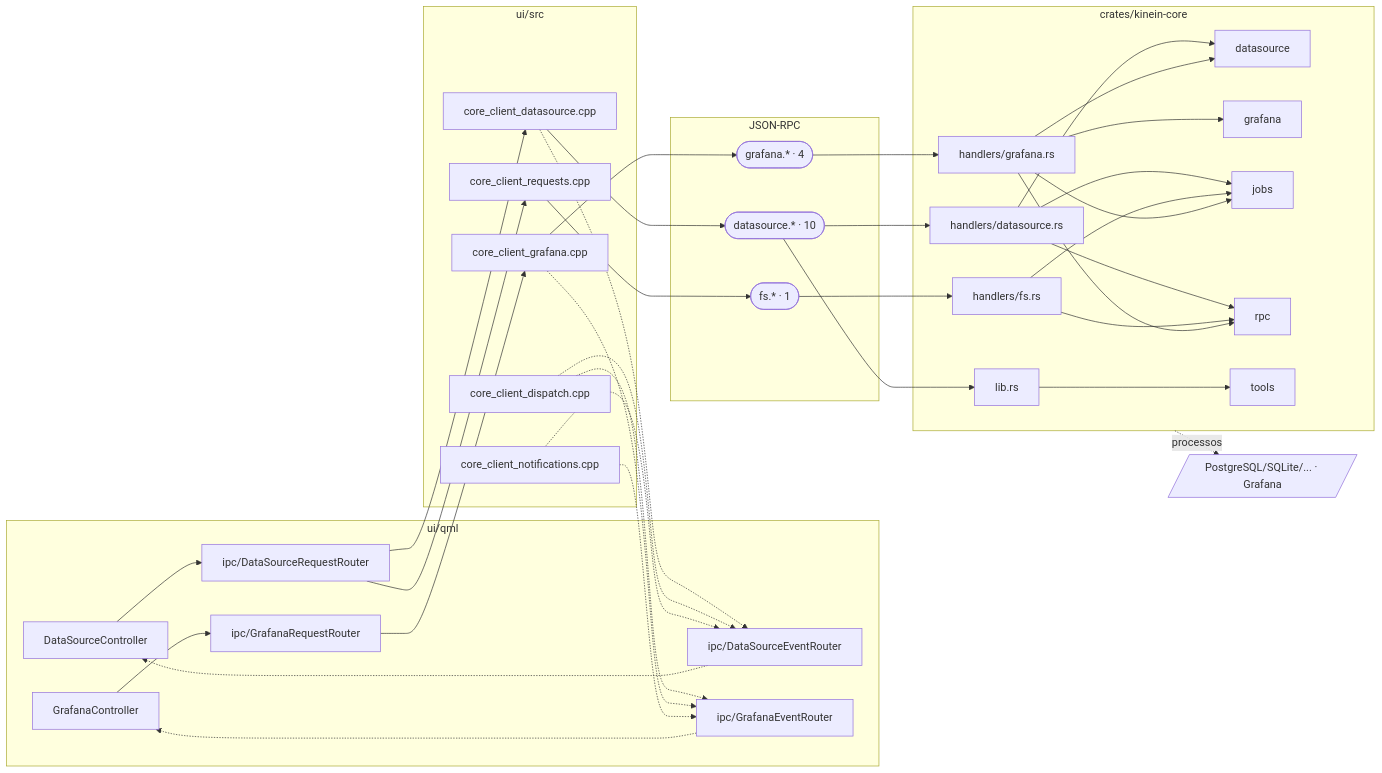
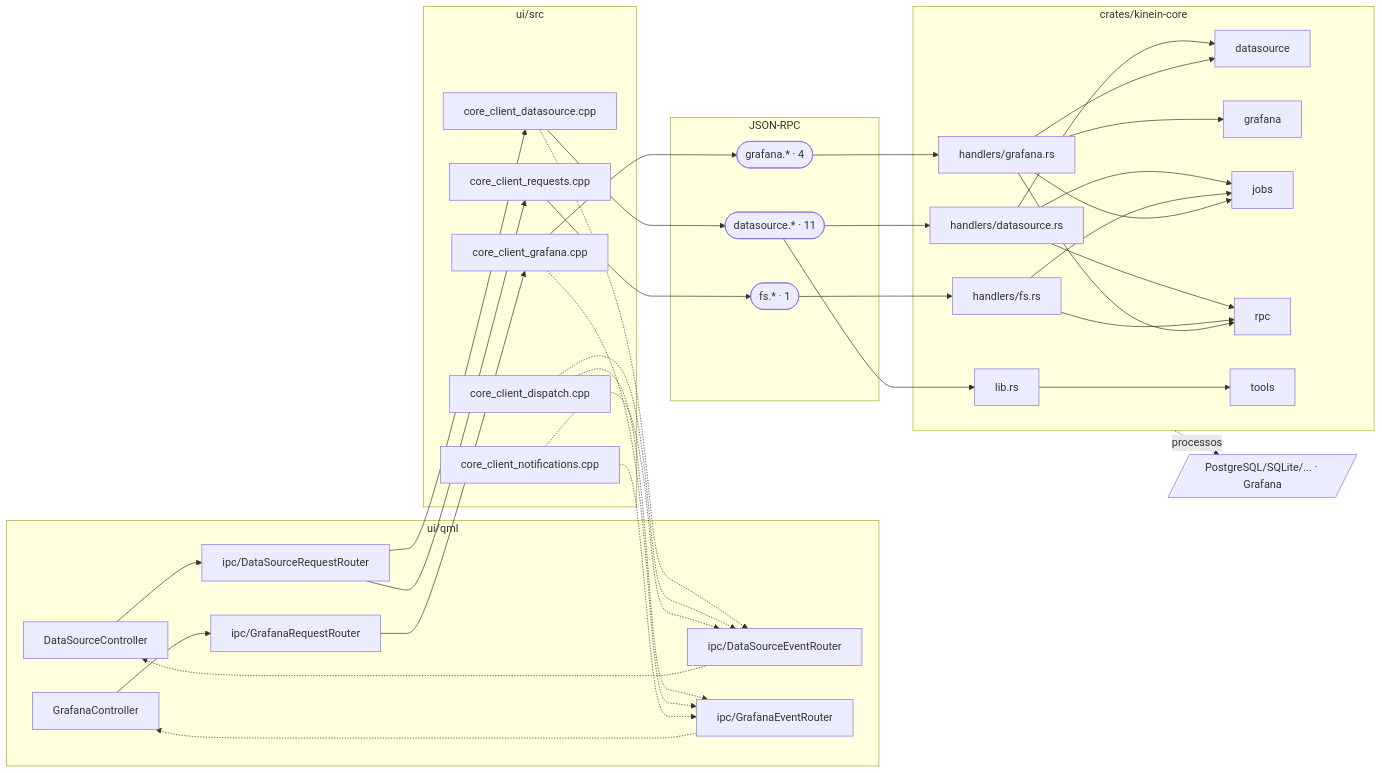
Diagram 13 of 16 in DocsPublic/arquitetura/01-mapa-de-modulos.md (ViktorWalde/KineinVectis), drawn with Mermaid before and after one commit. The commit also changed other lines of this file and 31 other files, not shown here.

````diff
--- a/DocsPublic/arquitetura/01-mapa-de-modulos.md
+++ b/DocsPublic/arquitetura/01-mapa-de-modulos.md
@@ -1101,66 +1101,66 @@
 ```mermaid
 flowchart LR
   subgraph QML["ui/qml"]
     n_ui_qml_datasource_DataSourceController_qml["DataSourceController"]
     n_ui_qml_grafana_GrafanaController_qml["GrafanaController"]
     n_ui_qml_ipc_DataSourceRequestRouter_qml["ipc/DataSourceRequestRouter"]
     n_ui_qml_ipc_DataSourceEventRouter_qml["ipc/DataSourceEventRouter"]
     n_ui_qml_ipc_GrafanaRequestRouter_qml["ipc/GrafanaRequestRouter"]
     n_ui_qml_ipc_GrafanaEventRouter_qml["ipc/GrafanaEventRouter"]
   end
   subgraph CPP["ui/src"]
     n_ui_src_core_client_datasource_cpp["core_client_datasource.cpp"]
     n_ui_src_core_client_dispatch_cpp["core_client_dispatch.cpp"]
     n_ui_src_core_client_grafana_cpp["core_client_grafana.cpp"]
     n_ui_src_core_client_notifications_cpp["core_client_notifications.cpp"]
     n_ui_src_core_client_requests_cpp["core_client_requests.cpp"]
   end
   subgraph IPC["JSON-RPC"]
-    n_ipc_datasource(["datasource.* · 10"])
+    n_ipc_datasource(["datasource.* · 11"])
     n_ipc_fs(["fs.* · 1"])
     n_ipc_grafana(["grafana.* · 4"])
   end
   subgraph CORE["crates/kinein-core"]
     n_crates_kinein_core_src_handlers_datasource_rs["handlers/datasource.rs"]
     n_crates_kinein_core_src_handlers_fs_rs["handlers/fs.rs"]
     n_crates_kinein_core_src_handlers_grafana_rs["handlers/grafana.rs"]
     n_crates_kinein_core_src_lib_rs["lib.rs"]
     n_core_datasource[datasource]
     n_core_grafana[grafana]
     n_core_jobs[jobs]
     n_core_rpc[rpc]
     n_core_tools[tools]
   end
   n_tools_data[/"PostgreSQL/SQLite/... · Grafana"/]
   n_ui_qml_datasource_DataSourceController_qml --> n_ui_qml_ipc_DataSourceRequestRouter_qml
   n_ui_qml_grafana_GrafanaController_qml --> n_ui_qml_ipc_GrafanaRequestRouter_qml
   n_ui_qml_ipc_DataSourceEventRouter_qml -.-> n_ui_qml_datasource_DataSourceController_qml
   n_ui_qml_ipc_DataSourceRequestRouter_qml --> n_ui_src_core_client_datasource_cpp
   n_ui_qml_ipc_DataSourceRequestRouter_qml --> n_ui_src_core_client_requests_cpp
   n_ui_qml_ipc_GrafanaEventRouter_qml -.-> n_ui_qml_grafana_GrafanaController_qml
   n_ui_qml_ipc_GrafanaRequestRouter_qml --> n_ui_src_core_client_grafana_cpp
   n_ui_src_core_client_datasource_cpp --> n_ipc_datasource
   n_ui_src_core_client_datasource_cpp -.-> n_ui_qml_ipc_DataSourceEventRouter_qml
   n_ui_src_core_client_dispatch_cpp -.-> n_ui_qml_ipc_DataSourceEventRouter_qml
   n_ui_src_core_client_dispatch_cpp -.-> n_ui_qml_ipc_GrafanaEventRouter_qml
   n_ui_src_core_client_grafana_cpp --> n_ipc_grafana
   n_ui_src_core_client_grafana_cpp -.-> n_ui_qml_ipc_GrafanaEventRouter_qml
   n_ui_src_core_client_notifications_cpp -.-> n_ui_qml_ipc_DataSourceEventRouter_qml
   n_ui_src_core_client_notifications_cpp -.-> n_ui_qml_ipc_GrafanaEventRouter_qml
   n_ui_src_core_client_requests_cpp --> n_ipc_fs
   n_ipc_datasource --> n_crates_kinein_core_src_handlers_datasource_rs
   n_crates_kinein_core_src_handlers_datasource_rs --> n_core_datasource
   n_crates_kinein_core_src_handlers_datasource_rs --> n_core_jobs
   n_crates_kinein_core_src_handlers_datasource_rs --> n_core_rpc
   n_ipc_fs --> n_crates_kinein_core_src_handlers_fs_rs
   n_crates_kinein_core_src_handlers_fs_rs --> n_core_jobs
   n_crates_kinein_core_src_handlers_fs_rs --> n_core_rpc
   n_ipc_grafana --> n_crates_kinein_core_src_handlers_grafana_rs
   n_crates_kinein_core_src_handlers_grafana_rs --> n_core_datasource
   n_crates_kinein_core_src_handlers_grafana_rs --> n_core_grafana
   n_crates_kinein_core_src_handlers_grafana_rs --> n_core_jobs
   n_crates_kinein_core_src_handlers_grafana_rs --> n_core_rpc
   n_ipc_datasource --> n_crates_kinein_core_src_lib_rs
   n_crates_kinein_core_src_lib_rs --> n_core_tools
   CORE -.->|processos| n_tools_data
 ```
````
